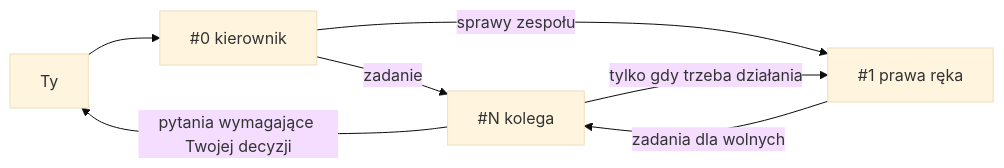
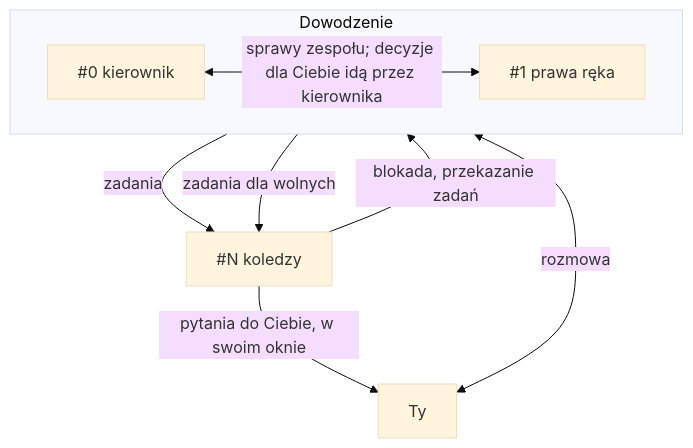
The diagram in README.md (zdzislawbela/tuned-team), drawn with Mermaid (base theme) before and after one commit. The commit also changed other lines of this file and 4 other files, not shown here.

````diff
--- a/README.md
+++ b/README.md
@@ -27,9 +27,14 @@
 ```mermaid
-flowchart LR
-  T[Ty] --> K[#0 kierownik]
-  K -->|zadanie| C[#N kolega]
-  K -->|sprawy zespołu| P[#1 prawa ręka]
+flowchart TB
+  T[Ty]
+  subgraph D[Dowodzenie]
+    direction LR
+    K["#0 kierownik"] <-->|sprawy zespołu; decyzje dla Ciebie idą przez kierownika| P["#1 prawa ręka"]
+  end
+  C["#N koledzy"]
+  T <-->|rozmowa| K
+  K -->|zadania| C
   P -->|zadania dla wolnych| C
-  C -->|tylko gdy trzeba działania| P
-  C -->|pytania wymagające Twojej decyzji| T
+  C -->|blokada, przekazanie zadań| P
+  C -->|pytania do Ciebie, w swoim oknie| T
 ```
````
